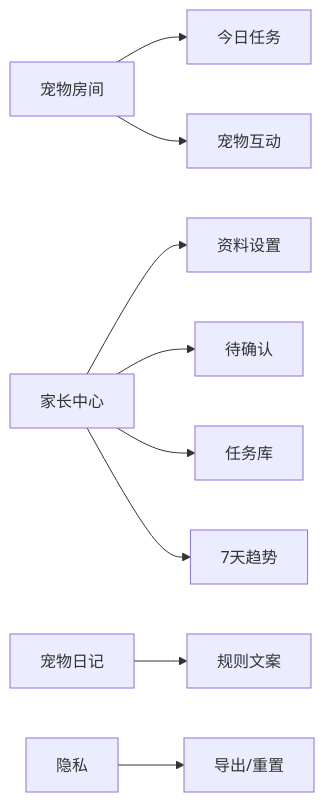
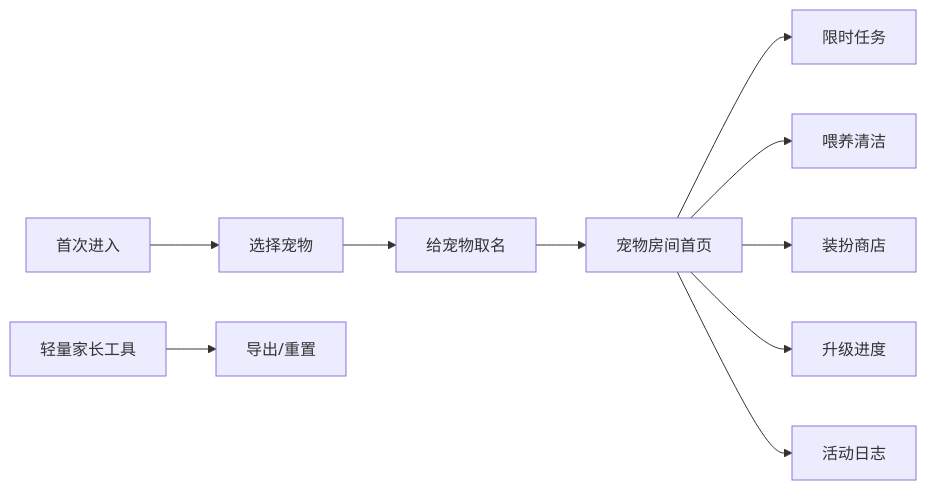
Before and after one commit to adamx6688-cmd/daughter-cloud-pet-web: the diagram in docs/design/web-design-spec.md, drawn with Mermaid. The commit also changed other lines of this file and 12 other files, not shown here.

````diff
--- a/docs/design/web-design-spec.md
+++ b/docs/design/web-design-spec.md
@@ -15,11 +16,12 @@
 ```mermaid
 flowchart LR
-  A["宠物房间"] --> B["今日任务"]
-  A --> C["宠物互动"]
-  D["家长中心"] --> E["资料设置"]
-  D --> F["待确认"]
-  D --> G["任务库"]
-  D --> H["7天趋势"]
-  I["宠物日记"] --> J["规则文案"]
-  K["隐私"] --> L["导出/重置"]
+  A["首次进入"] --> B["选择宠物"]
+  B --> C["给宠物取名"]
+  C --> D["宠物房间首页"]
+  D --> E["限时任务"]
+  D --> F["喂养清洁"]
+  D --> G["装扮商店"]
+  D --> H["升级进度"]
+  D --> I["活动日志"]
+  J["轻量家长工具"] --> K["导出/重置"]
 ```
````
